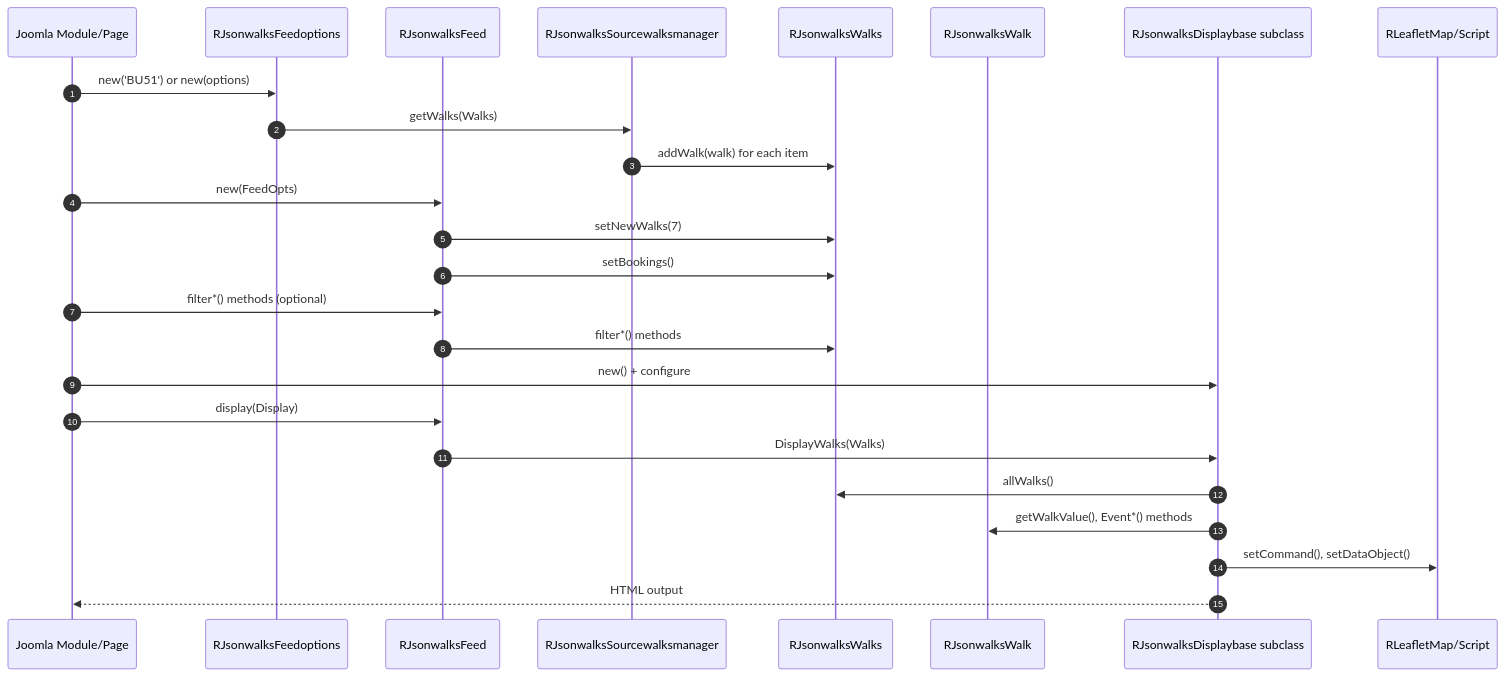
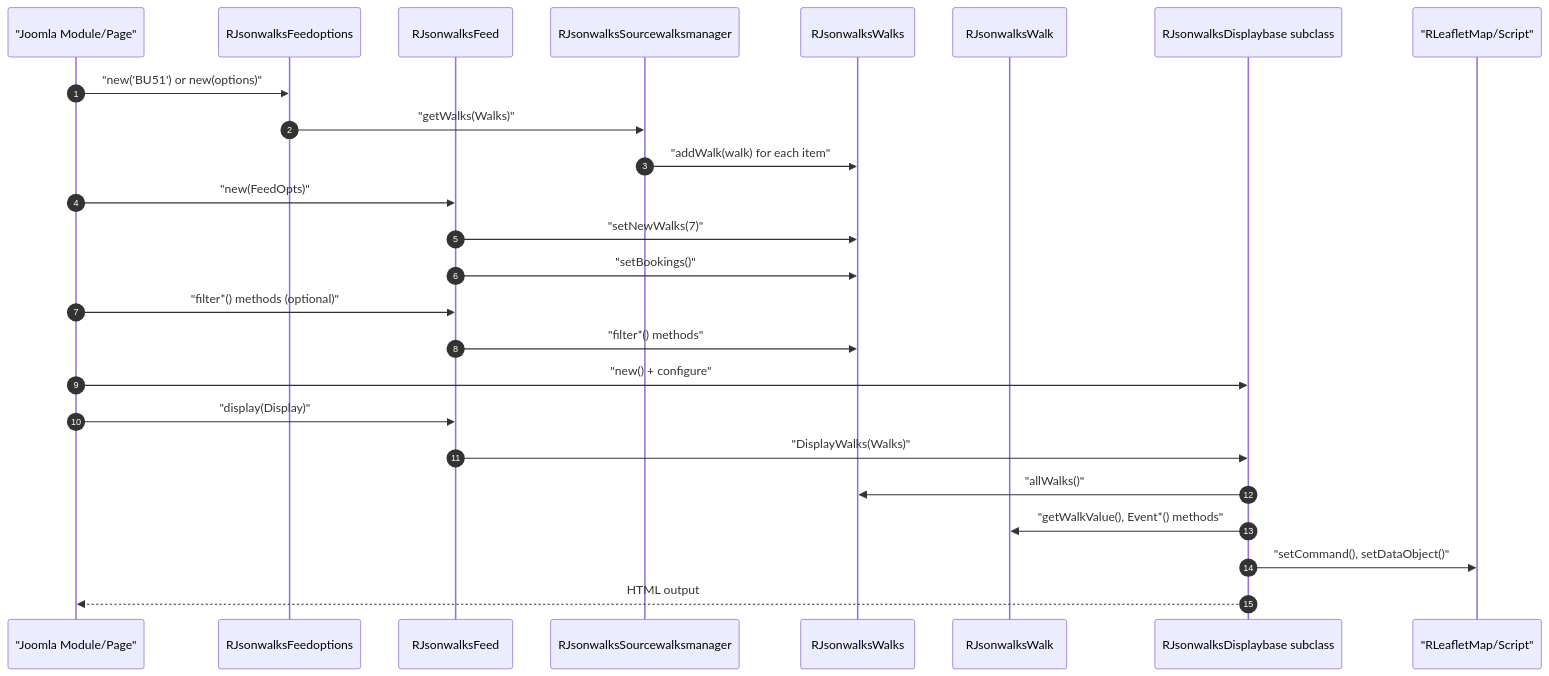
One commit to pauljrhodes/ramblers-library changed the second of 4 diagrams in jsonwalks/HLD.md. Above: the diagram before and after it, drawn with Mermaid. The commit also changed other lines of this file and 33 other files, not shown here.

First line of the commit message:
Normalize Mermaid diagrams for GitHub rendering (#13)

````diff
--- a/jsonwalks/HLD.md
+++ b/jsonwalks/HLD.md
@@ -243,31 +243,31 @@
 ```mermaid
 sequenceDiagram
     autonumber
-    participant Caller as Joomla Module/Page
+    participant Caller as "Joomla Module/Page"
     participant FeedOpts as RJsonwalksFeedoptions
     participant Feed as RJsonwalksFeed
     participant Source as RJsonwalksSourcewalksmanager
     participant Walks as RJsonwalksWalks
     participant Walk as RJsonwalksWalk
     participant Display as RJsonwalksDisplaybase subclass
-    participant Leaflet as RLeafletMap/Script
+    participant Leaflet as "RLeafletMap/Script"
 
-    Caller->>FeedOpts: new('BU51') or new(options)
-    FeedOpts->>Source: getWalks(Walks)
-    Source->>Walks: addWalk(walk) for each item
+    Caller->>FeedOpts: "new('BU51') or new(options)"
+    FeedOpts->>Source: "getWalks(Walks)"
+    Source->>Walks: "addWalk(walk) for each item"
     
-    Caller->>Feed: new(FeedOpts)
-    Feed->>Walks: setNewWalks(7)
-    Feed->>Walks: setBookings()
+    Caller->>Feed: "new(FeedOpts)"
+    Feed->>Walks: "setNewWalks(7)"
+    Feed->>Walks: "setBookings()"
     
-    Caller->>Feed: filter*() methods (optional)
-    Feed->>Walks: filter*() methods
+    Caller->>Feed: "filter*() methods (optional)"
+    Feed->>Walks: "filter*() methods"
     
-    Caller->>Display: new() + configure
-    Caller->>Feed: display(Display)
-    Feed->>Display: DisplayWalks(Walks)
-    Display->>Walks: allWalks()
-    Display->>Walk: getWalkValue(), Event*() methods
-    Display->>Leaflet: setCommand(), setDataObject()
+    Caller->>Display: "new() + configure"
+    Caller->>Feed: "display(Display)"
+    Feed->>Display: "DisplayWalks(Walks)"
+    Display->>Walks: "allWalks()"
+    Display->>Walk: "getWalkValue(), Event*() methods"
+    Display->>Leaflet: "setCommand(), setDataObject()"
     Display-->>Caller: HTML output
 ```
````
